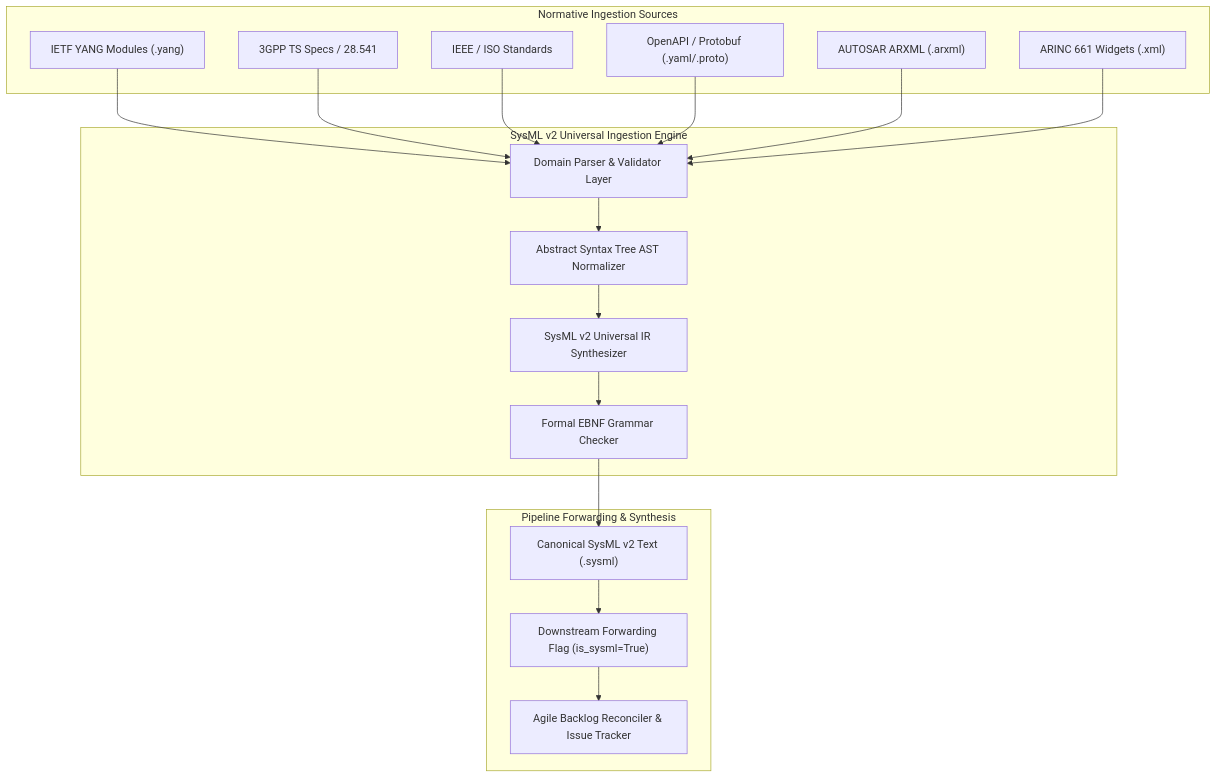
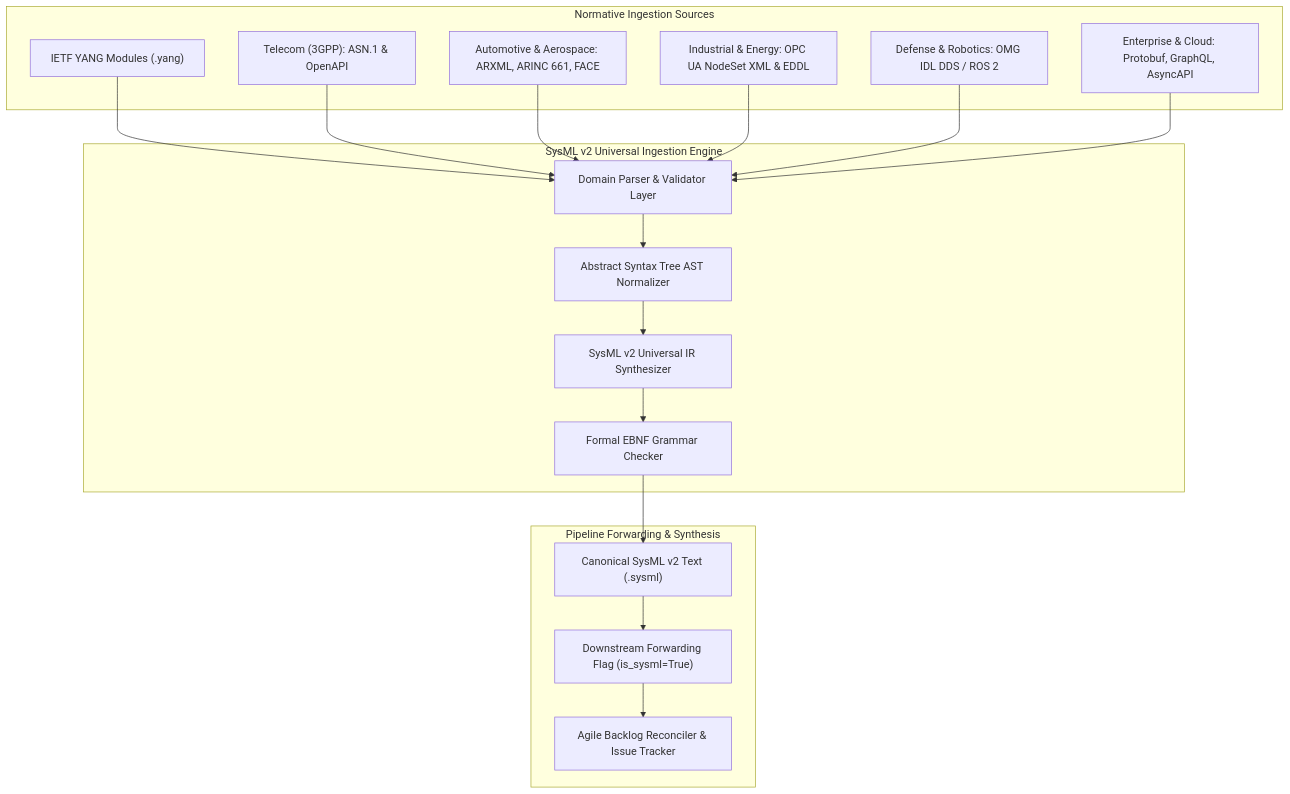
One commit to gintatkinson/digital-pipeline-repo changed the first of 3 diagrams in docs/designs/sysmlv2-universal-ingestion-blueprint.md. Above: the diagram before and after it, drawn with Mermaid. The commit also changed other lines of this file, not shown here.

Commit message:
docs(design): update SysML v2 blueprint with multi-schema domain neutrality (ASN.1, ARXML, OPC UA, Protobuf, OpenAPI, IDL)

````diff
--- a/docs/designs/sysmlv2-universal-ingestion-blueprint.md
+++ b/docs/designs/sysmlv2-universal-ingestion-blueprint.md
@@ -43,39 +80,39 @@
 ```mermaid
 flowchart TD
     subgraph "Normative Ingestion Sources"
         A1["IETF YANG Modules (.yang)"]
-        A2["3GPP TS Specs / 28.541"]
-        A3["IEEE / ISO Standards"]
-        A4["OpenAPI / Protobuf (.yaml/.proto)"]
-        A5["AUTOSAR ARXML (.arxml)"]
-        A6["ARINC 661 Widgets (.xml)"]
+        A2["Telecom (3GPP): ASN.1 & OpenAPI"]
+        A3["Automotive & Aerospace: ARXML, ARINC 661, FACE"]
+        A4["Industrial & Energy: OPC UA NodeSet XML & EDDL"]
+        A5["Defense & Robotics: OMG IDL DDS / ROS 2"]
+        A6["Enterprise & Cloud: Protobuf, GraphQL, AsyncAPI"]
     end
 
     subgraph "SysML v2 Universal Ingestion Engine"
         B1["Domain Parser & Validator Layer"]
         B2["Abstract Syntax Tree AST Normalizer"]
         B3["SysML v2 Universal IR Synthesizer"]
         B4["Formal EBNF Grammar Checker"]
     end
 
     subgraph "Pipeline Forwarding & Synthesis"
         C1["Canonical SysML v2 Text (.sysml)"]
         C2["Downstream Forwarding Flag (is_sysml=True)"]
         C3["Agile Backlog Reconciler & Issue Tracker"]
     end
 
     A1 --> B1
     A2 --> B1
     A3 --> B1
     A4 --> B1
     A5 --> B1
     A6 --> B1
 
     B1 --> B2
     B2 --> B3
     B3 --> B4
 
     B4 --> C1
     C1 --> C2
     C2 --> C3
 ```
````
